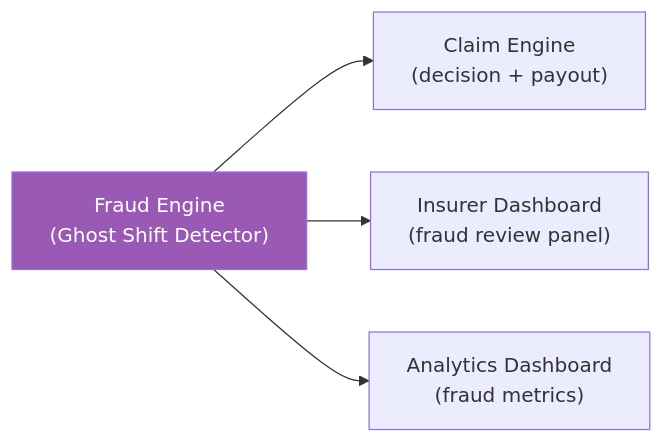
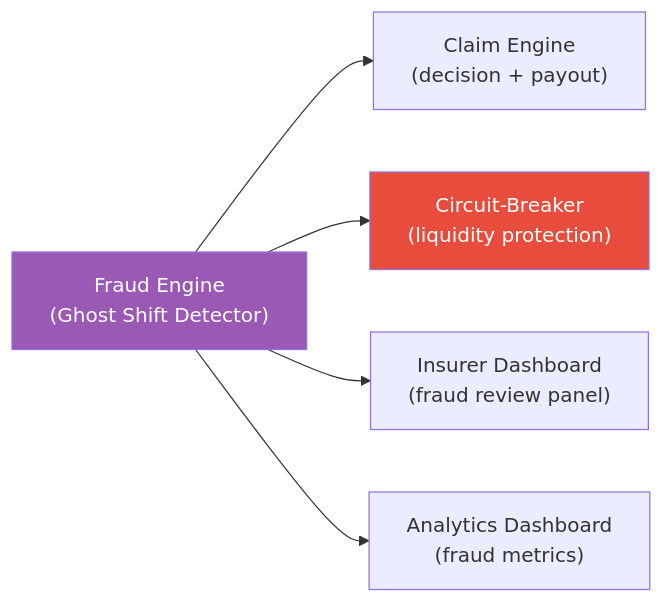
One commit to Chorko/Celestius_Covara_One_P1 changed the second of 2 diagrams in fraud/README.md. Above: the diagram before and after it, drawn with Mermaid. The commit also changed other lines of this file and 18 other files, not shown here.

````diff
--- a/fraud/README.md
+++ b/fraud/README.md
@@ -202,9 +292,11 @@
 ```mermaid
 flowchart LR
     FE["Fraud Engine<br/>(Ghost Shift Detector)"]
     FE --> CE["Claim Engine<br/>(decision + payout)"]
+    FE --> CB["Circuit-Breaker<br/>(liquidity protection)"]
     FE --> ID["Insurer Dashboard<br/>(fraud review panel)"]
     FE --> AD["Analytics Dashboard<br/>(fraud metrics)"]
 
     style FE fill:#9b59b6,color:#fff
+    style CB fill:#e74c3c,color:#fff
 ```
````
